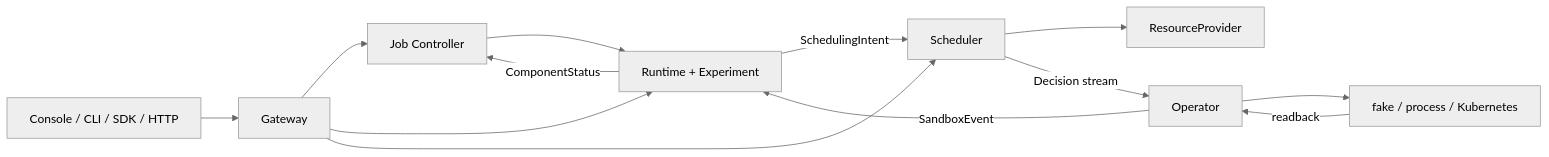
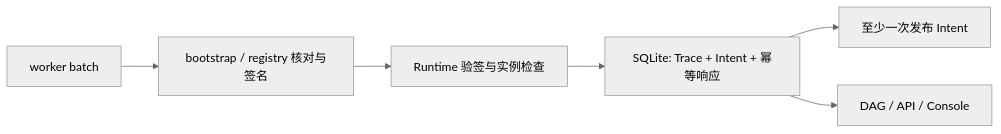
The first of 2 diagrams in docs/maintainers/code-walkthrough.md (Blizzard-cyber/TGS-RL), drawn with Mermaid (neutral theme) before and after one commit. The commit also changed other lines of this file and 42 other files, not shown here.

````diff
--- a/docs/maintainers/code-walkthrough.md
+++ b/docs/maintainers/code-walkthrough.md
@@ -38,23 +75,8 @@
 ```mermaid
 flowchart LR
-  Client[Console / CLI / SDK / HTTP]
-  Gateway[Gateway]
-  Job[Job Controller]
-  Runtime[Runtime + Experiment]
-  Scheduler[Scheduler]
-  Provider[ResourceProvider]
-  Operator[Operator]
-  Backend[fake / process / Kubernetes]
-
-  Client --> Gateway --> Job
-  Job --> Runtime
-  Runtime -->|SchedulingIntent| Scheduler
-  Scheduler --> Provider
-  Scheduler -->|Decision stream| Operator
-  Operator --> Backend
-  Backend -->|readback| Operator
-  Operator -->|SandboxEvent| Runtime
-  Runtime -->|ComponentStatus| Job
-  Gateway --> Runtime
-  Gateway --> Scheduler
+  W[worker batch] --> B[bootstrap / registry 核对与签名]
+  B --> I[Runtime 验签与实例检查]
+  I --> T[SQLite: Trace + Intent + 幂等响应]
+  T --> P[至少一次发布 Intent]
+  T --> D[DAG / API / Console]
 ```
````
